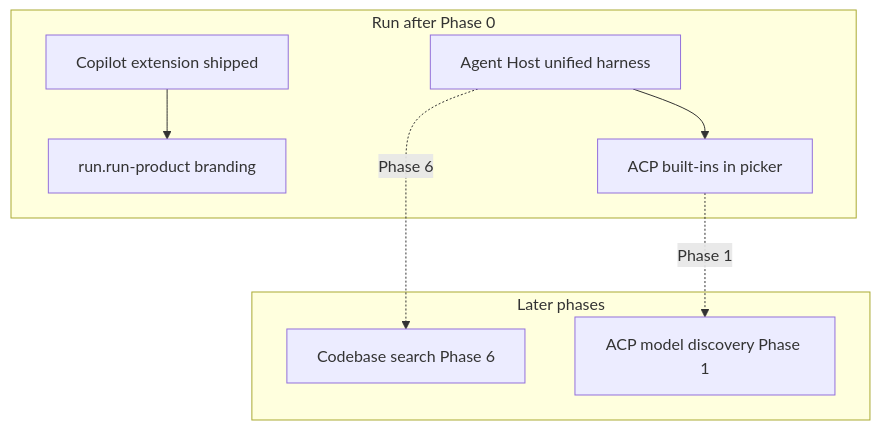
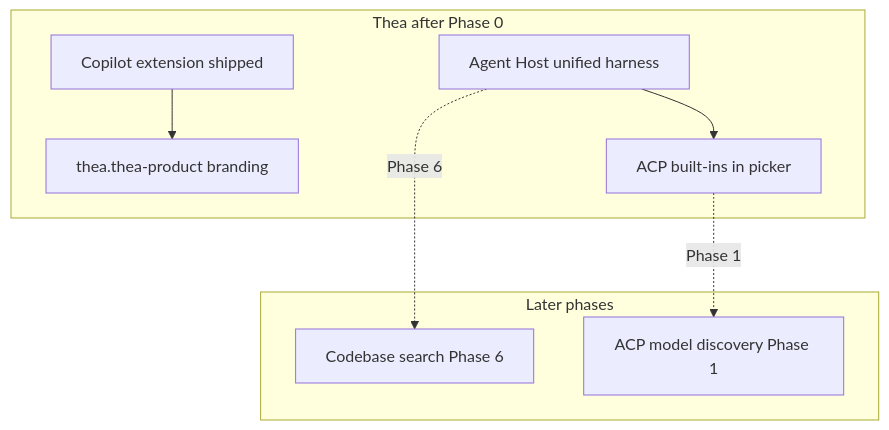
One commit to Trinicle/run changed the first of 2 diagrams in docs/ROADMAP.md. Above: the diagram before and after it, drawn with Mermaid. The commit also changed other lines of this file and 13 other files, not shown here.

````diff
--- a/docs/ROADMAP.md
+++ b/docs/ROADMAP.md
@@ -60,19 +60,19 @@
 ```mermaid
 flowchart TB
-  subgraph runToday [Run after Phase 0]
+  subgraph theaToday [Thea after Phase 0]
     CopilotExt[Copilot extension shipped]
-    RunProduct[run.run-product branding]
+    TheaProduct[thea.thea-product branding]
     AgentHost[Agent Host unified harness]
     ACPAgents[ACP built-ins in picker]
   end
 
   subgraph deferred [Later phases]
     CodeSearch[Codebase search Phase 6]
     AcpModels[ACP model discovery Phase 1]
   end
 
-  CopilotExt --> RunProduct
+  CopilotExt --> TheaProduct
   AgentHost --> ACPAgents
   AgentHost -.->|Phase 6| CodeSearch
   ACPAgents -.->|Phase 1| AcpModels
 ```
````
